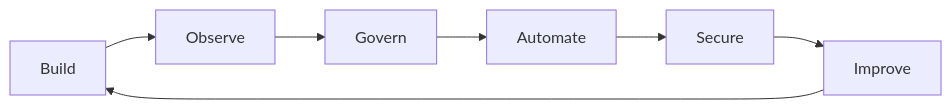
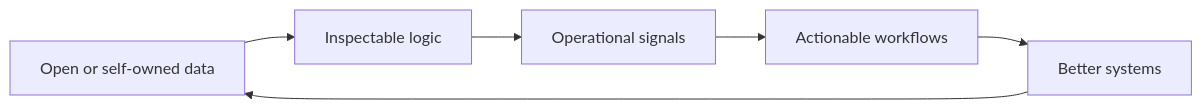
Before and after one commit to xops-labs/.github: the diagram in profile/README.md, drawn with Mermaid. The commit also changed other lines of this file, not shown here.

````diff
--- a/profile/README.md
+++ b/profile/README.md
@@ -40,9 +31,8 @@
 ```mermaid
 flowchart LR
-    Build["Build"] --> Observe["Observe"]
-    Observe --> Govern["Govern"]
-    Govern --> Automate["Automate"]
-    Automate --> Secure["Secure"]
-    Secure --> Improve["Improve"]
-    Improve --> Build
+    Data["Open or self-owned data"] --> Rules["Inspectable logic"]
+    Rules --> Signals["Operational signals"]
+    Signals --> Action["Actionable workflows"]
+    Action --> Feedback["Better systems"]
+    Feedback --> Data
 ```
````
